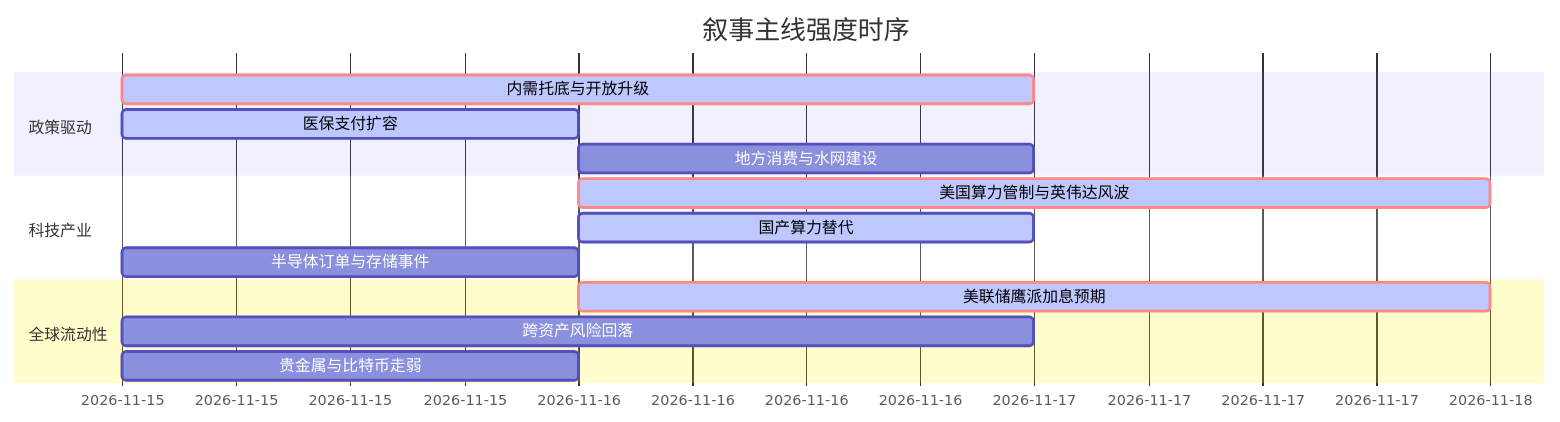
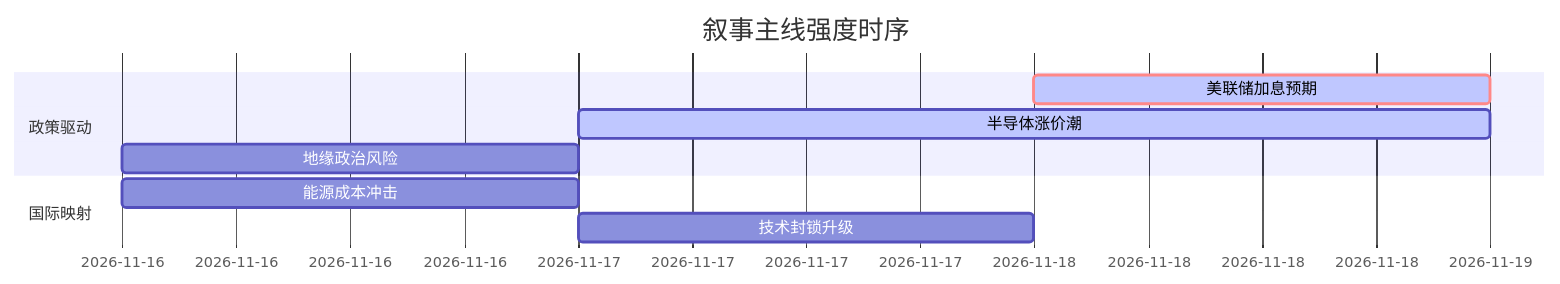
One commit to uu5zn/uu5zn.github.io changed the diagram in 5day_report.md. Above: the diagram before and after it, drawn with Mermaid. The commit also changed other lines of this file and 24 other files, not shown here.

````diff
--- a/5day_report.md
+++ b/5day_report.md
@@ -54,19 +59,13 @@
 ```mermaid
 gantt
     title 叙事主线强度时序
     dateFormat  YYYY-MM-DD
     section 政策驱动
-    内需托底与开放升级   :crit, active, 2026-11-15, 2d
-    医保支付扩容         :active, 2026-11-15, 1d
-    地方消费与水网建设   :2026-11-16, 1d
+    美联储加息预期   :crit, active, 2026-11-18, 1d
+    半导体涨价潮     :active, 2026-11-17, 2d
+    地缘政治风险     :2026-11-16, 1d
     
-    section 科技产业
-    美国算力管制与英伟达风波 :crit, active, 2026-11-16, 2d
-    国产算力替代         :active, 2026-11-16, 1d
-    半导体订单与存储事件 :2026-11-15, 1d
-
-    section 全球流动性
-    美联储鹰派加息预期   :crit, active, 2026-11-16, 2d
-    跨资产风险回落       :2026-11-15, 2d
-    贵金属与比特币走弱   :2026-11-15, 1d
+    section 国际映射
+    能源成本冲击     :2026-11-16, 1d
+    技术封锁升级     :2026-11-17, 1d
 ```
````
